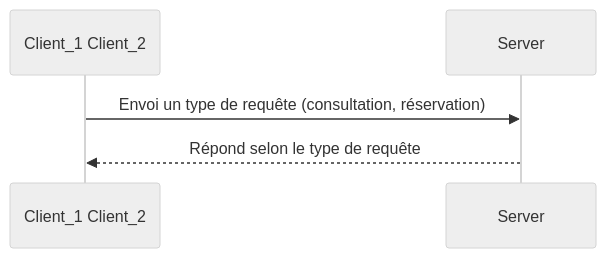
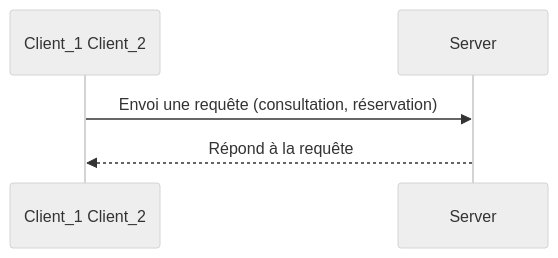
Before and after one commit to laize-loucia/movie_booking: the first of 3 diagrams in README.md, drawn with Mermaid (neutral theme).

````diff
--- a/README.md
+++ b/README.md
@@ -5,6 +5,6 @@
 ```mermaid
 sequenceDiagram
 
-    Client_1 Client_2->>Server: Envoi un type de requête (consultation, réservation)
-    Server-->>Client_1 Client_2: Répond selon le type de requête
+    Client_1 Client_2->>Server: Envoi une requête (consultation, réservation)
+    Server-->>Client_1 Client_2: Répond à la requête
 ```
````
